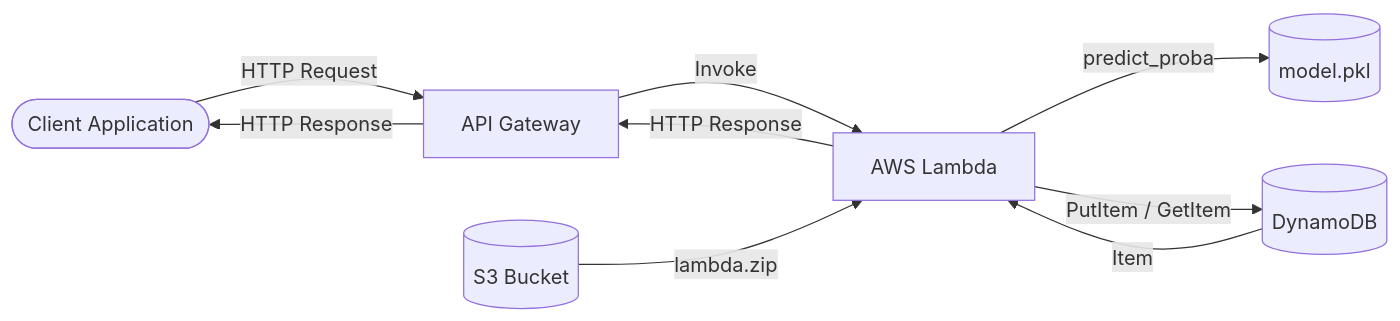
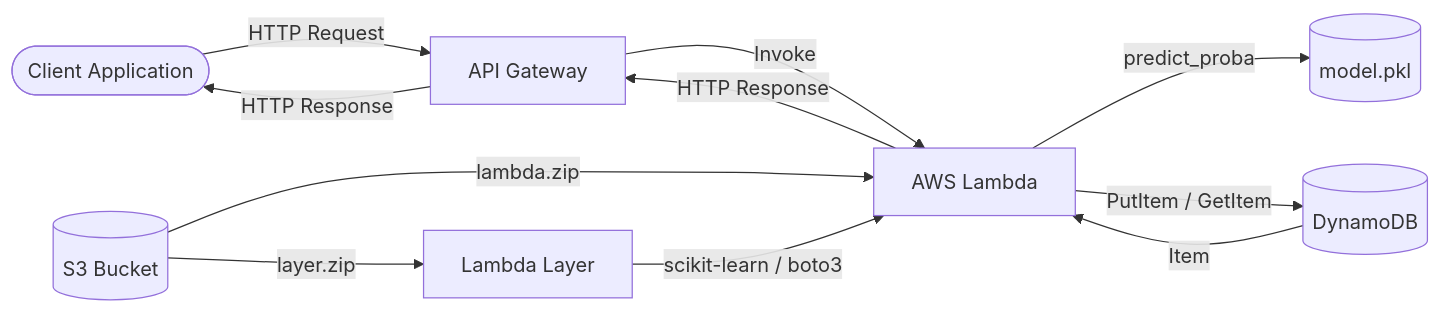
The first of 3 diagrams in README.md (sophie-pyxis/mlops_engineer_test_01), drawn with Mermaid before and after one commit. The commit also changed other lines of this file and 2 other files, not shown here.

Commit message:
fix(infra): migra dependências para Lambda Layer para contornar limite de 250MB

````diff
--- a/README.md
+++ b/README.md
@@ -9,18 +9,21 @@
 ```mermaid
 flowchart LR
     Client([Client Application])
     APIGW[API Gateway]
     Lambda[AWS Lambda]
+    Layer[Lambda Layer]
     Model[(model.pkl)]
     Dynamo[(DynamoDB)]
     S3[(S3 Bucket)]
 
     Client -->|HTTP Request| APIGW
     APIGW -->|Invoke| Lambda
     Lambda -->|predict_proba| Model
     Lambda -->|PutItem / GetItem| Dynamo
     Dynamo -->|Item| Lambda
     Lambda -->|HTTP Response| APIGW
     APIGW -->|HTTP Response| Client
     S3 -->|lambda.zip| Lambda
+    S3 -->|layer.zip| Layer
+    Layer -->|scikit-learn / boto3| Lambda
 ```
````
